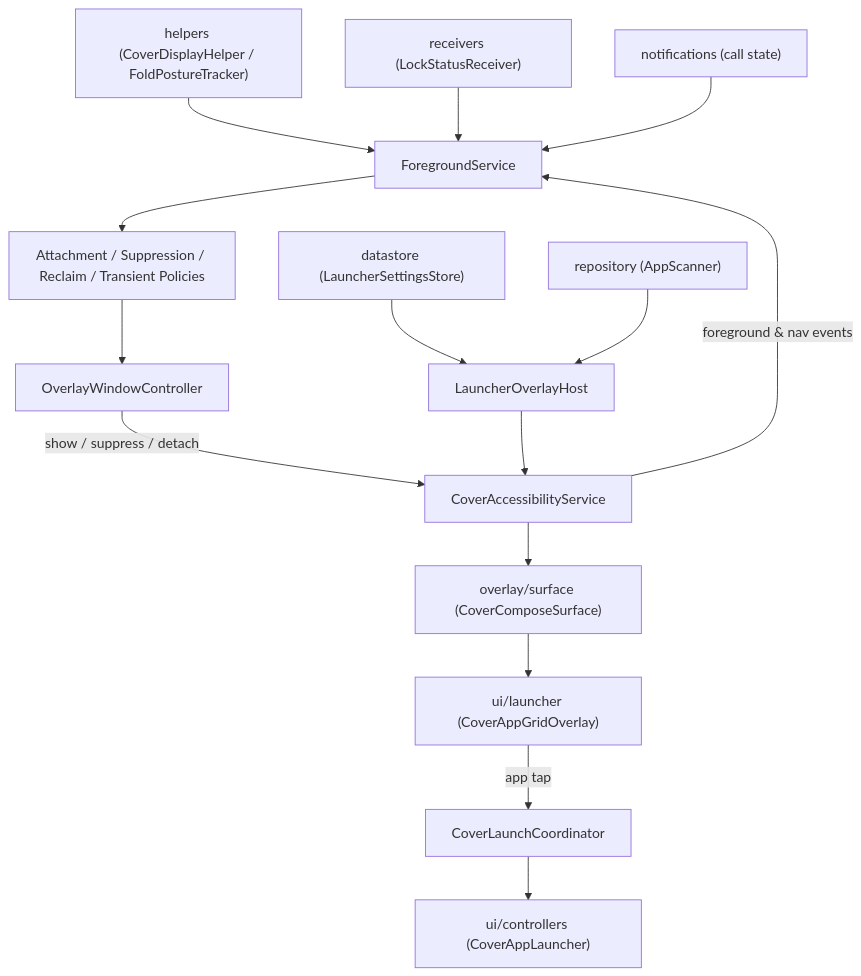
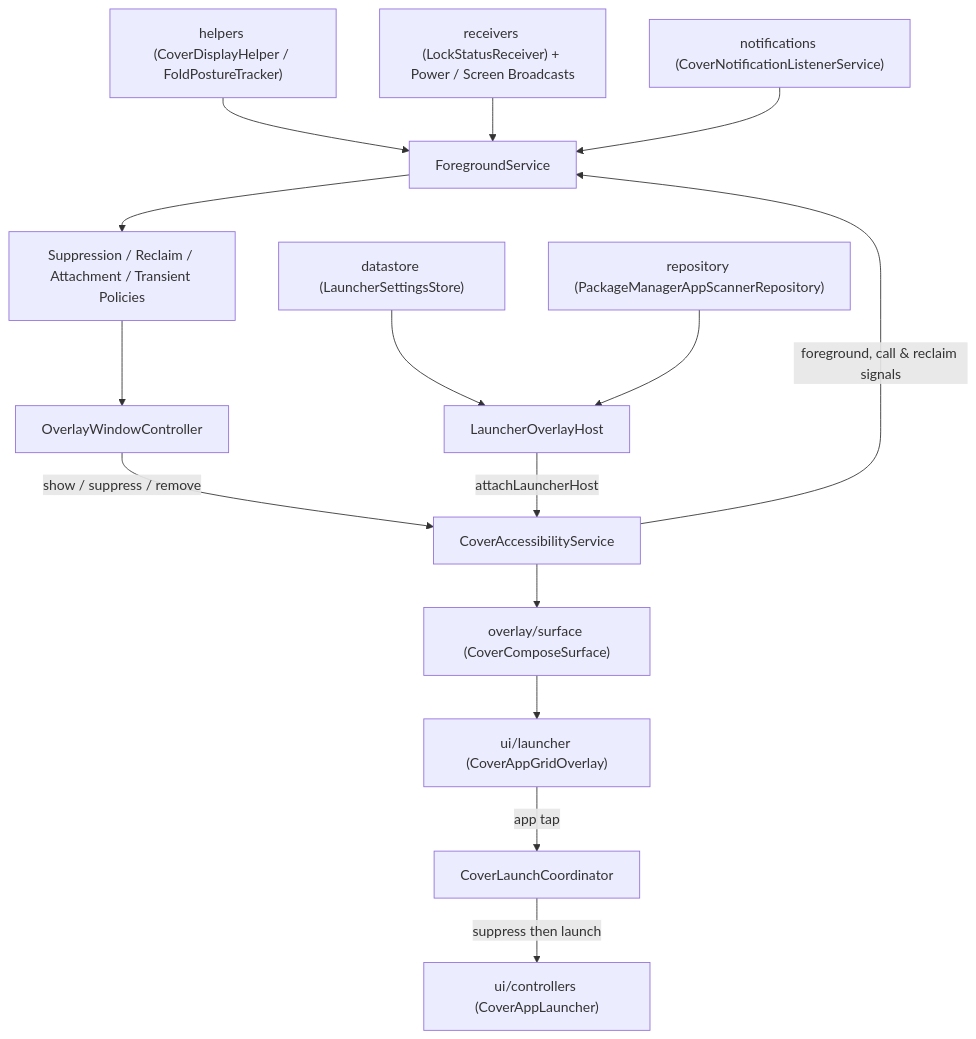
Before and after one commit to tyejaedon/Cover-Screen-OS: the diagram in app/src/main/java/com/tyejaedon/coverscreenos/overlay/README.md, drawn with Mermaid. The commit also changed other lines of this file and 157 other files, not shown here.

````diff
--- a/app/src/main/java/com/tyejaedon/coverscreenos/overlay/README.md
+++ b/app/src/main/java/com/tyejaedon/coverscreenos/overlay/README.md
@@ -23,17 +154,17 @@
 ```mermaid
 flowchart TD
     Helpers["helpers (CoverDisplayHelper / FoldPostureTracker)"] --> FGS["ForegroundService"]
-    Receivers["receivers (LockStatusReceiver)"] --> FGS
-    Notifs["notifications (call state)"] --> FGS
+    Receivers["receivers (LockStatusReceiver) + Power / Screen Broadcasts"] --> FGS
+    Notifs["notifications (CoverNotificationListenerService)"] --> FGS
     Store["datastore (LauncherSettingsStore)"] --> Host["LauncherOverlayHost"]
-    Repo["repository (AppScanner)"] --> Host
-    FGS --> Policies["Attachment / Suppression / Reclaim / Transient Policies"]
+    Repo["repository (PackageManagerAppScannerRepository)"] --> Host
+    FGS --> Policies["Suppression / Reclaim / Attachment / Transient Policies"]
     Policies --> Controller["OverlayWindowController"]
-    Controller -->|"show / suppress / detach"| A11y["CoverAccessibilityService"]
-    A11y -->|"foreground & nav events"| FGS
-    Host --> A11y
+    Controller -->|"show / suppress / remove"| A11y["CoverAccessibilityService"]
+    A11y -->|"foreground, call & reclaim signals"| FGS
+    Host -->|"attachLauncherHost"| A11y
     A11y --> Surface["overlay/surface (CoverComposeSurface)"]
     Surface --> Launcher["ui/launcher (CoverAppGridOverlay)"]
     Launcher -->|"app tap"| Coord["CoverLaunchCoordinator"]
-    Coord --> Launch["ui/controllers (CoverAppLauncher)"]
+    Coord -->|"suppress then launch"| Launch["ui/controllers (CoverAppLauncher)"]
 ```
````
